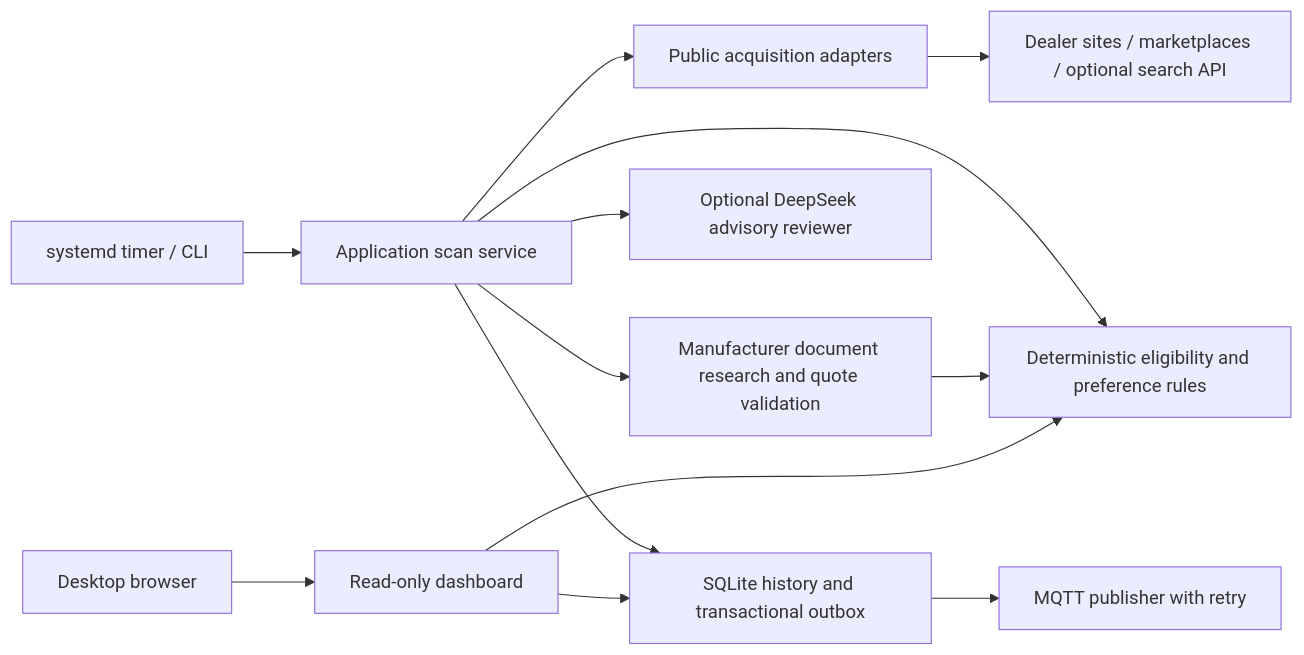
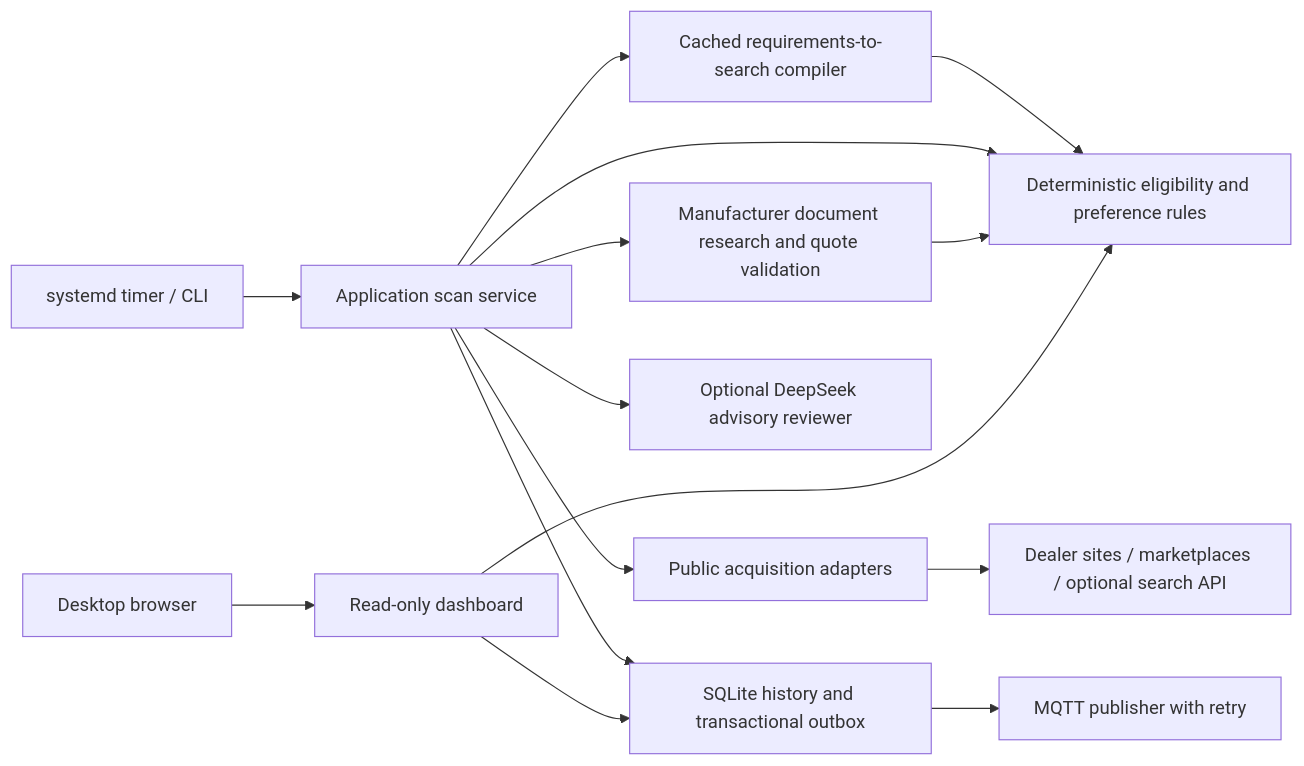
One commit to segalnz/bikesearch changed the diagram in docs/ARCHITECTURE.md. Above: the diagram before and after it, drawn with Mermaid. The commit also changed other lines of this file and 19 other files, not shown here.

````diff
--- a/docs/ARCHITECTURE.md
+++ b/docs/ARCHITECTURE.md
@@ -8,15 +8,17 @@
 ```mermaid
 flowchart LR
     Timer[systemd timer / CLI] --> Scan[Application scan service]
+    Scan --> Plan[Cached requirements-to-search compiler]
+    Plan --> Rules
     Scan --> Sources[Public acquisition adapters]
     Sources --> Sites[Dealer sites / marketplaces / optional search API]
     Scan --> Rules[Deterministic eligibility and preference rules]
     Scan --> Research[Manufacturer document research and quote validation]
     Research --> Rules
     Scan --> AI[Optional DeepSeek advisory reviewer]
     Scan --> Store[SQLite history and transactional outbox]
     Store --> MQTT[MQTT publisher with retry]
     Desktop[Desktop browser] --> Dashboard[Read-only dashboard]
     Dashboard --> Store
     Dashboard --> Rules
 ```
````
